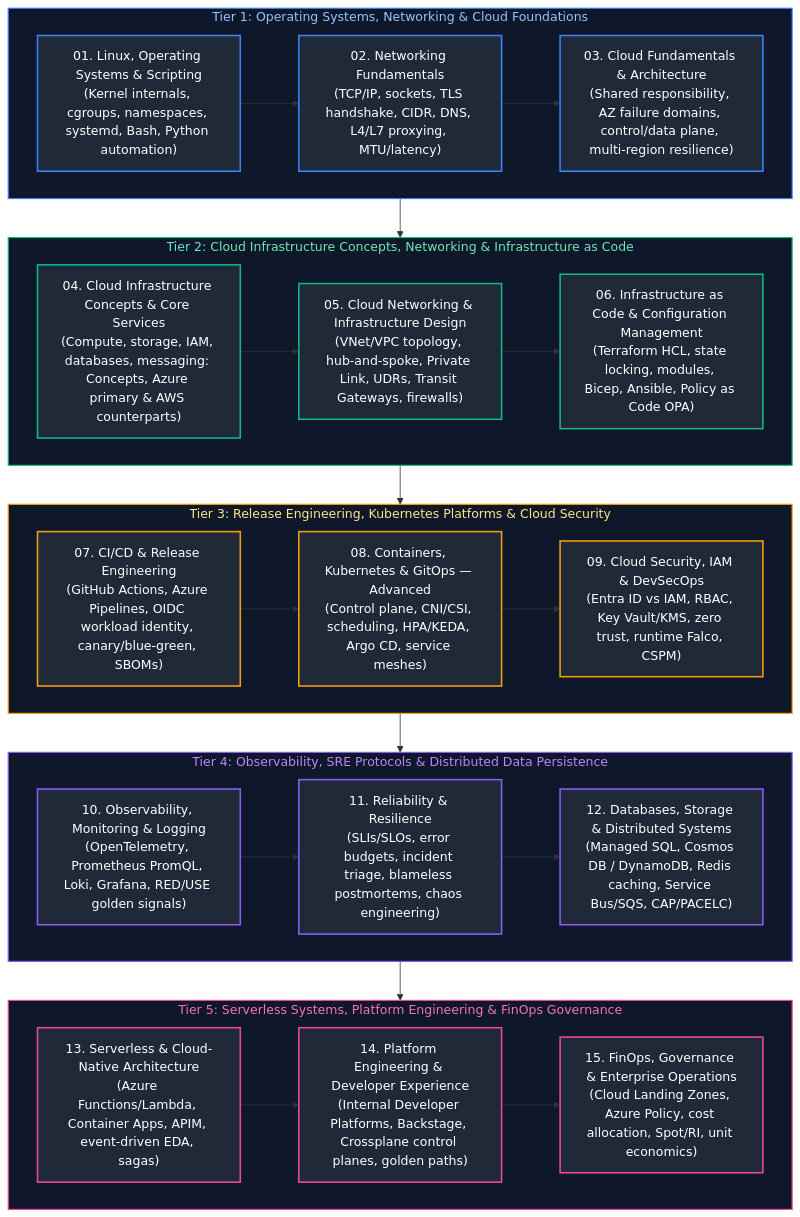
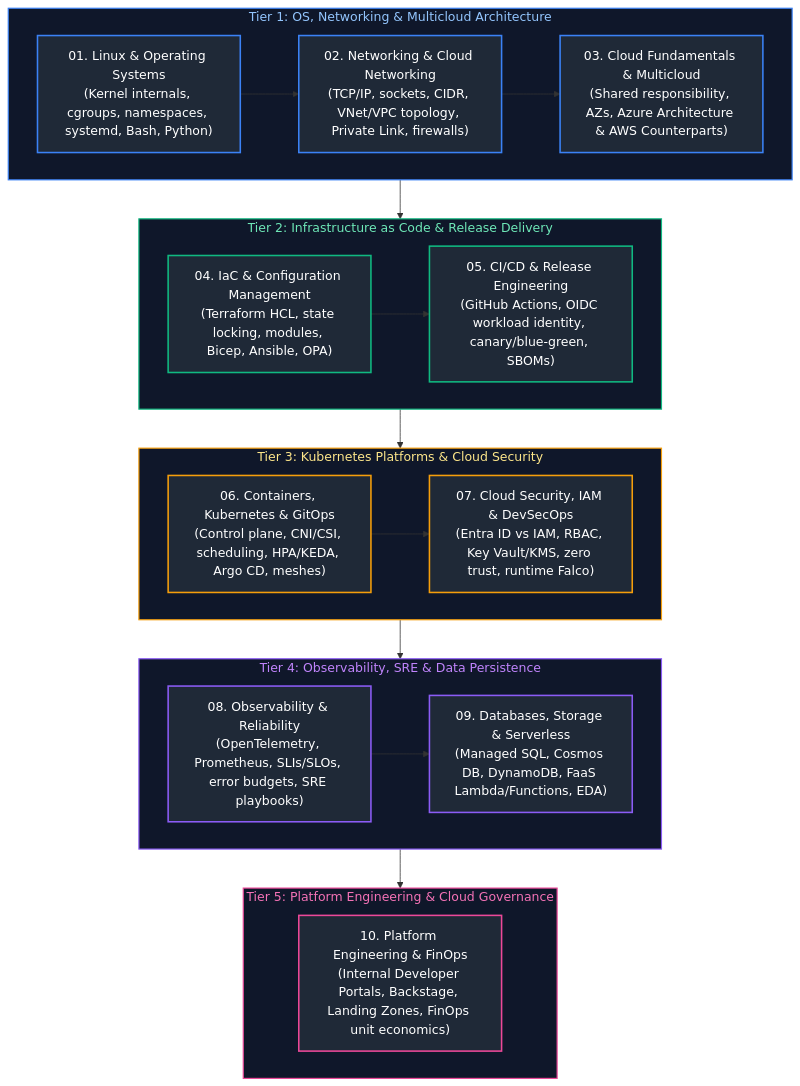
The diagram in Cloud Engineering/00_cloud_study_guide_and_index.md (joydeep-biswas/Interview-Preparation), drawn with Mermaid before and after one commit. The commit also changed other lines of this file and 178 other files, not shown here.

````diff
--- a/Cloud Engineering/00_cloud_study_guide_and_index.md
+++ b/Cloud Engineering/00_cloud_study_guide_and_index.md
@@ -11,59 +11,53 @@
 ```mermaid
 flowchart TD
-    subgraph Tier1 ["Tier 1: Operating Systems, Networking & Cloud Foundations"]
-        M1["01. Linux, Operating Systems & Scripting<br/>(Kernel internals, cgroups, namespaces, systemd, Bash, Python automation)"]
-        --> M2["02. Networking Fundamentals<br/>(TCP/IP, sockets, TLS handshake, CIDR, DNS, L4/L7 proxying, MTU/latency)"]
-        --> M3["03. Cloud Fundamentals & Architecture<br/>(Shared responsibility, AZ failure domains, control/data plane, multi-region resilience)"]
+    subgraph Tier1 ["Tier 1: OS, Networking & Multicloud Architecture"]
+        direction LR
+        M1["01. Linux & Operating Systems<br/>(Kernel internals, cgroups, namespaces, systemd, Bash, Python)"]
+        --> M2["02. Networking & Cloud Networking<br/>(TCP/IP, sockets, CIDR, VNet/VPC topology, Private Link, firewalls)"]
+        --> M3["03. Cloud Fundamentals & Multicloud<br/>(Shared responsibility, AZs, Azure Architecture & AWS Counterparts)"]
     end
 
-    subgraph Tier2 ["Tier 2: Cloud Infrastructure Concepts, Networking & Infrastructure as Code"]
-        M4["04. Cloud Infrastructure Concepts & Core Services<br/>(Compute, storage, IAM, databases, messaging: Concepts, Azure primary & AWS counterparts)"]
-        --> M5["05. Cloud Networking & Infrastructure Design<br/>(VNet/VPC topology, hub-and-spoke, Private Link, UDRs, Transit Gateways, firewalls)"]
-        --> M6["06. Infrastructure as Code & Configuration Management<br/>(Terraform HCL, state locking, modules, Bicep, Ansible, Policy as Code OPA)"]
+    subgraph Tier2 ["Tier 2: Infrastructure as Code & Release Delivery"]
+        direction LR
+        M4["04. IaC & Configuration Management<br/>(Terraform HCL, state locking, modules, Bicep, Ansible, OPA)"]
+        --> M5["05. CI/CD & Release Engineering<br/>(GitHub Actions, OIDC workload identity, canary/blue-green, SBOMs)"]
     end
 
-    subgraph Tier3 ["Tier 3: Release Engineering, Kubernetes Platforms & Cloud Security"]
-        M7["07. CI/CD & Release Engineering<br/>(GitHub Actions, Azure Pipelines, OIDC workload identity, canary/blue-green, SBOMs)"]
-        --> M8["08. Containers, Kubernetes & GitOps — Advanced<br/>(Control plane, CNI/CSI, scheduling, HPA/KEDA, Argo CD, service meshes)"]
-        --> M9["09. Cloud Security, IAM & DevSecOps<br/>(Entra ID vs IAM, RBAC, Key Vault/KMS, zero trust, runtime Falco, CSPM)"]
+    subgraph Tier3 ["Tier 3: Kubernetes Platforms & Cloud Security"]
+        direction LR
+        M6["06. Containers, Kubernetes & GitOps<br/>(Control plane, CNI/CSI, scheduling, HPA/KEDA, Argo CD, meshes)"]
+        --> M7["07. Cloud Security, IAM & DevSecOps<br/>(Entra ID vs IAM, RBAC, Key Vault/KMS, zero trust, runtime Falco)"]
     end
 
-    subgraph Tier4 ["Tier 4: Observability, SRE Protocols & Distributed Data Persistence"]
-        M10["10. Observability, Monitoring & Logging<br/>(OpenTelemetry, Prometheus PromQL, Loki, Grafana, RED/USE golden signals)"]
-        --> M11["11. Reliability & Resilience<br/>(SLIs/SLOs, error budgets, incident triage, blameless postmortems, chaos engineering)"]
-        --> M12["12. Databases, Storage & Distributed Systems<br/>(Managed SQL, Cosmos DB / DynamoDB, Redis caching, Service Bus/SQS, CAP/PACELC)"]
+    subgraph Tier4 ["Tier 4: Observability, SRE & Data Persistence"]
+        direction LR
+        M8["08. Observability & Reliability<br/>(OpenTelemetry, Prometheus, SLIs/SLOs, error budgets, SRE playbooks)"]
+        --> M9["09. Databases, Storage & Serverless<br/>(Managed SQL, Cosmos DB, DynamoDB, FaaS Lambda/Functions, EDA)"]
     end
 
-    subgraph Tier5 ["Tier 5: Serverless Systems, Platform Engineering & FinOps Governance"]
-        M13["13. Serverless & Cloud-Native Architecture<br/>(Azure Functions/Lambda, Container Apps, APIM, event-driven EDA, sagas)"]
-        --> M14["14. Platform Engineering & Developer Experience<br/>(Internal Developer Platforms, Backstage, Crossplane control planes, golden paths)"]
-        --> M15["15. FinOps, Governance & Enterprise Operations<br/>(Cloud Landing Zones, Azure Policy, cost allocation, Spot/RI, unit economics)"]
+    subgraph Tier5 ["Tier 5: Platform Engineering & Cloud Governance"]
+        direction LR
+        M10["10. Platform Engineering & FinOps<br/>(Internal Developer Portals, Backstage, Landing Zones, FinOps unit economics)"]
     end
 
     Tier1 --> Tier2
     Tier2 --> Tier3
     Tier3 --> Tier4
     Tier4 --> Tier5
 
     style Tier1 fill:#0f172a,stroke:#3b82f6,stroke-width:1.5px,color:#93c5fd
     style Tier2 fill:#0f172a,stroke:#10b981,stroke-width:1.5px,color:#6ee7b7
     style Tier3 fill:#0f172a,stroke:#f59e0b,stroke-width:1.5px,color:#fde68a
     style Tier4 fill:#0f172a,stroke:#8b5cf6,stroke-width:1.5px,color:#c084fc
     style Tier5 fill:#0f172a,stroke:#ec4899,stroke-width:1.5px,color:#f472b6
-
     style M1 fill:#1f2937,stroke:#3b82f6,stroke-width:2px,color:#fff
     style M2 fill:#1f2937,stroke:#3b82f6,stroke-width:2px,color:#fff
     style M3 fill:#1f2937,stroke:#3b82f6,stroke-width:2px,color:#fff
     style M4 fill:#1f2937,stroke:#10b981,stroke-width:2px,color:#fff
     style M5 fill:#1f2937,stroke:#10b981,stroke-width:2px,color:#fff
-    style M6 fill:#1f2937,stroke:#10b981,stroke-width:2px,color:#fff
+    style M6 fill:#1f2937,stroke:#f59e0b,stroke-width:2px,color:#fff
     style M7 fill:#1f2937,stroke:#f59e0b,stroke-width:2px,color:#fff
-    style M8 fill:#1f2937,stroke:#f59e0b,stroke-width:2px,color:#fff
-    style M9 fill:#1f2937,stroke:#f59e0b,stroke-width:2px,color:#fff
-    style M10 fill:#1f2937,stroke:#8b5cf6,stroke-width:2px,color:#fff
-    style M11 fill:#1f2937,stroke:#8b5cf6,stroke-width:2px,color:#fff
-    style M12 fill:#1f2937,stroke:#8b5cf6,stroke-width:2px,color:#fff
-    style M13 fill:#1f2937,stroke:#ec4899,stroke-width:2px,color:#fff
-    style M14 fill:#1f2937,stroke:#ec4899,stroke-width:2px,color:#fff
-    style M15 fill:#1f2937,stroke:#ec4899,stroke-width:2px,color:#fff
+    style M8 fill:#1f2937,stroke:#8b5cf6,stroke-width:2px,color:#fff
+    style M9 fill:#1f2937,stroke:#8b5cf6,stroke-width:2px,color:#fff
+    style M10 fill:#1f2937,stroke:#ec4899,stroke-width:2px,color:#fff
 ```
````
